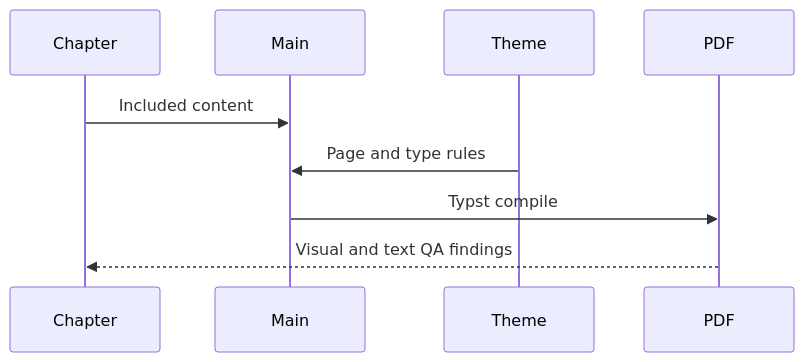
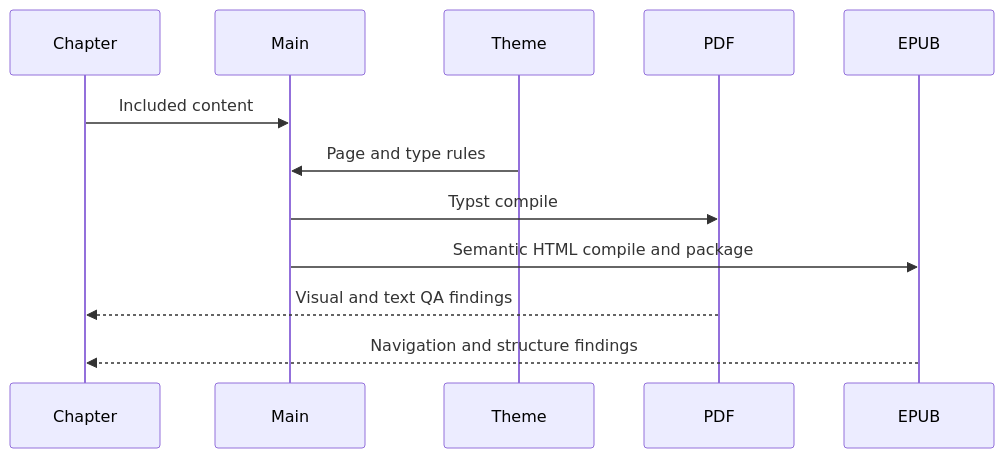
The third of 3 diagrams in book/AGENTS.md (streamentry/streamentry), drawn with Mermaid before and after one commit. The commit also changed other lines of this file and 35 other files, not shown here.

````diff
--- a/book/AGENTS.md
+++ b/book/AGENTS.md
@@ -45,11 +51,14 @@
 ```mermaid
 sequenceDiagram
   participant C as Chapter
   participant M as Main
   participant T as Theme
   participant P as PDF
+  participant E as EPUB
   C->>M: Included content
   T->>M: Page and type rules
   M->>P: Typst compile
+  M->>E: Semantic HTML compile and package
   P-->>C: Visual and text QA findings
+  E-->>C: Navigation and structure findings
 ```
````
